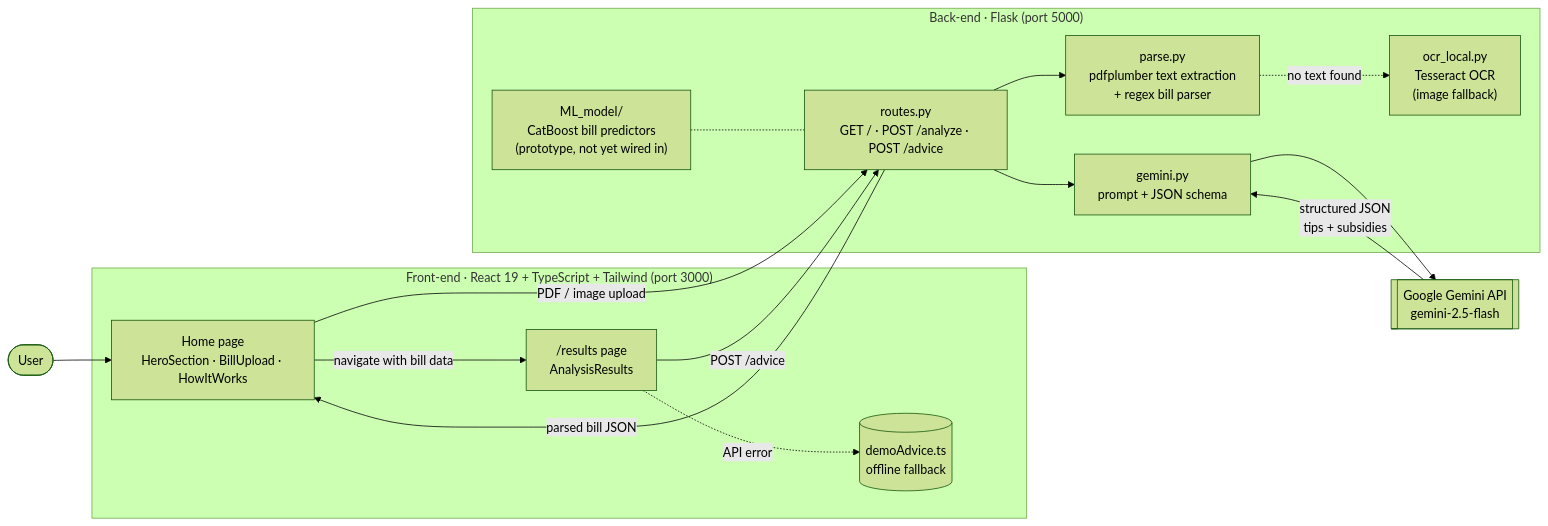
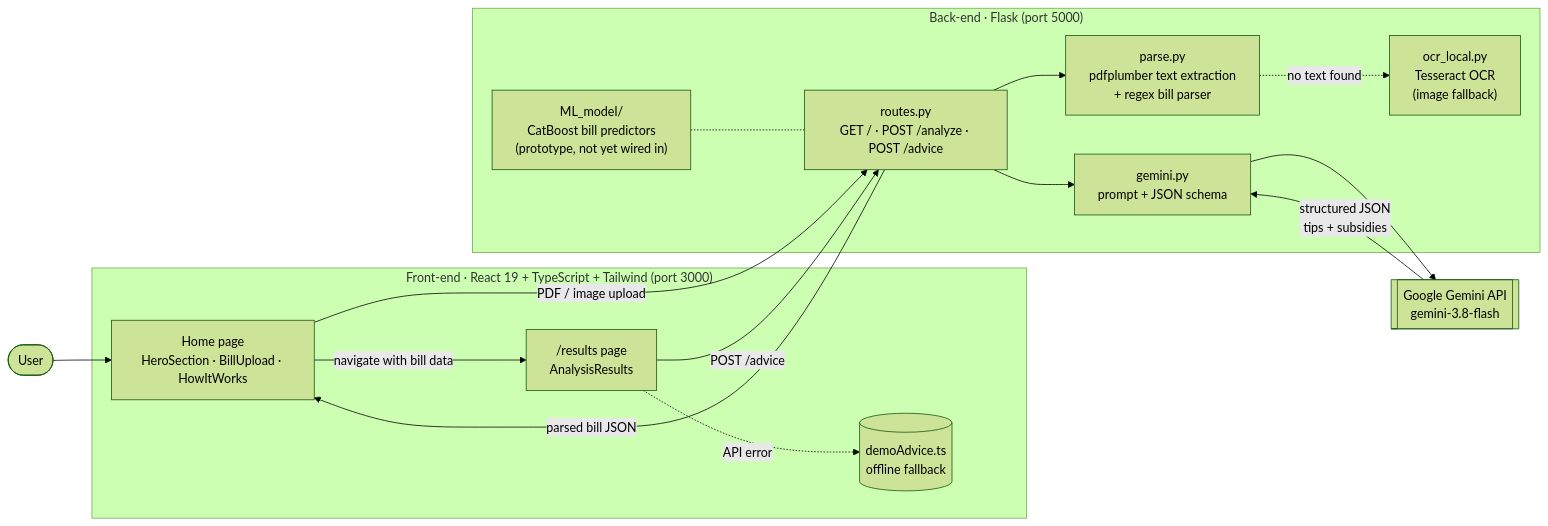
Before and after one commit to nkaruna09/Save-A-Watt: the first of 2 diagrams in README.md, drawn with Mermaid (forest theme). The commit also changed 2 other files, not shown here.

Commit message:
Switch default Gemini model to gemini-3.8-flash
gemini-2.5-flash is no longer available to new API keys (404).

````diff
--- a/README.md
+++ b/README.md
@@ -15,32 +15,32 @@
 ```mermaid
 flowchart LR
     User([User])
 
     subgraph FE["Front-end · React 19 + TypeScript + Tailwind (port 3000)"]
         Home["Home page<br/>HeroSection · BillUpload · HowItWorks"]
         Results["/results page<br/>AnalysisResults"]
         Demo[("demoAdvice.ts<br/>offline fallback")]
     end
 
     subgraph BE["Back-end · Flask (port 5000)"]
         Routes["routes.py<br/>GET / · POST /analyze · POST /advice"]
         Parse["parse.py<br/>pdfplumber text extraction<br/>+ regex bill parser"]
         OCR["ocr_local.py<br/>Tesseract OCR<br/>(image fallback)"]
         Gem["gemini.py<br/>prompt + JSON schema"]
         ML["ML_model/<br/>CatBoost bill predictors<br/>(prototype, not yet wired in)"]
     end
 
-    Gemini[["Google Gemini API<br/>gemini-2.5-flash"]]
+    Gemini[["Google Gemini API<br/>gemini-3.8-flash"]]
 
     User --> Home
     Home -- "PDF / image upload" --> Routes
     Routes --> Parse
     Parse -. "no text found" .-> OCR
     Routes -- "parsed bill JSON" --> Home
     Home -- "navigate with bill data" --> Results
     Results -- "POST /advice" --> Routes
     Routes --> Gem --> Gemini
     Gemini -- "structured JSON<br/>tips + subsidies" --> Gem
     Results -. "API error" .-> Demo
     ML -.- Routes
 ```
````
